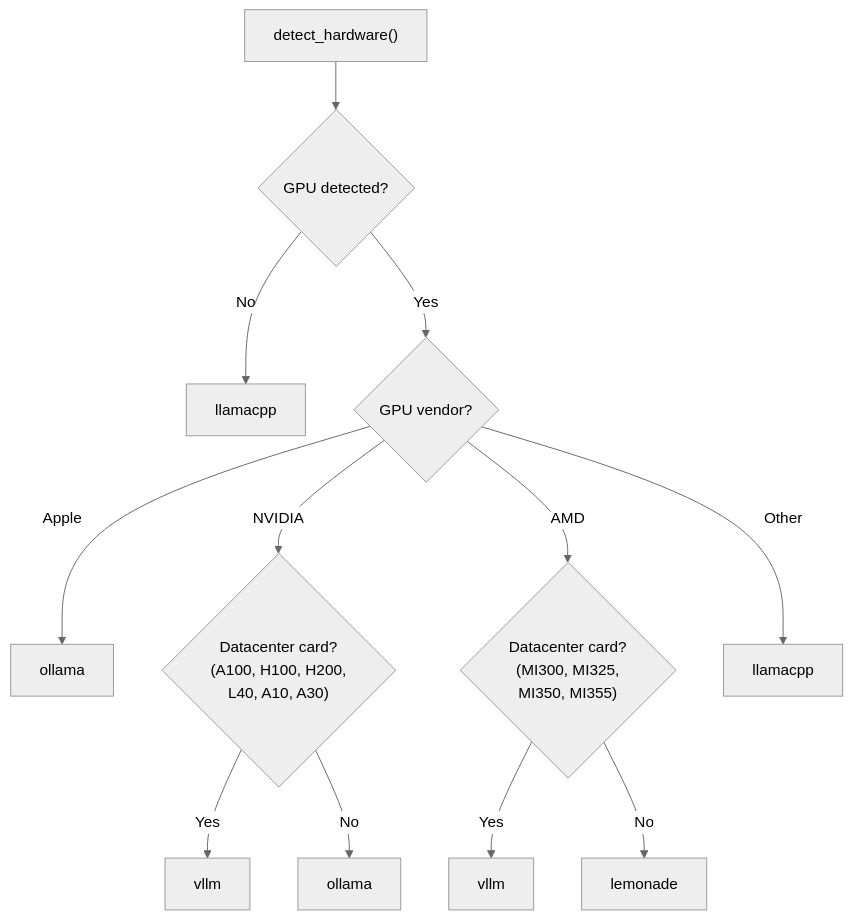
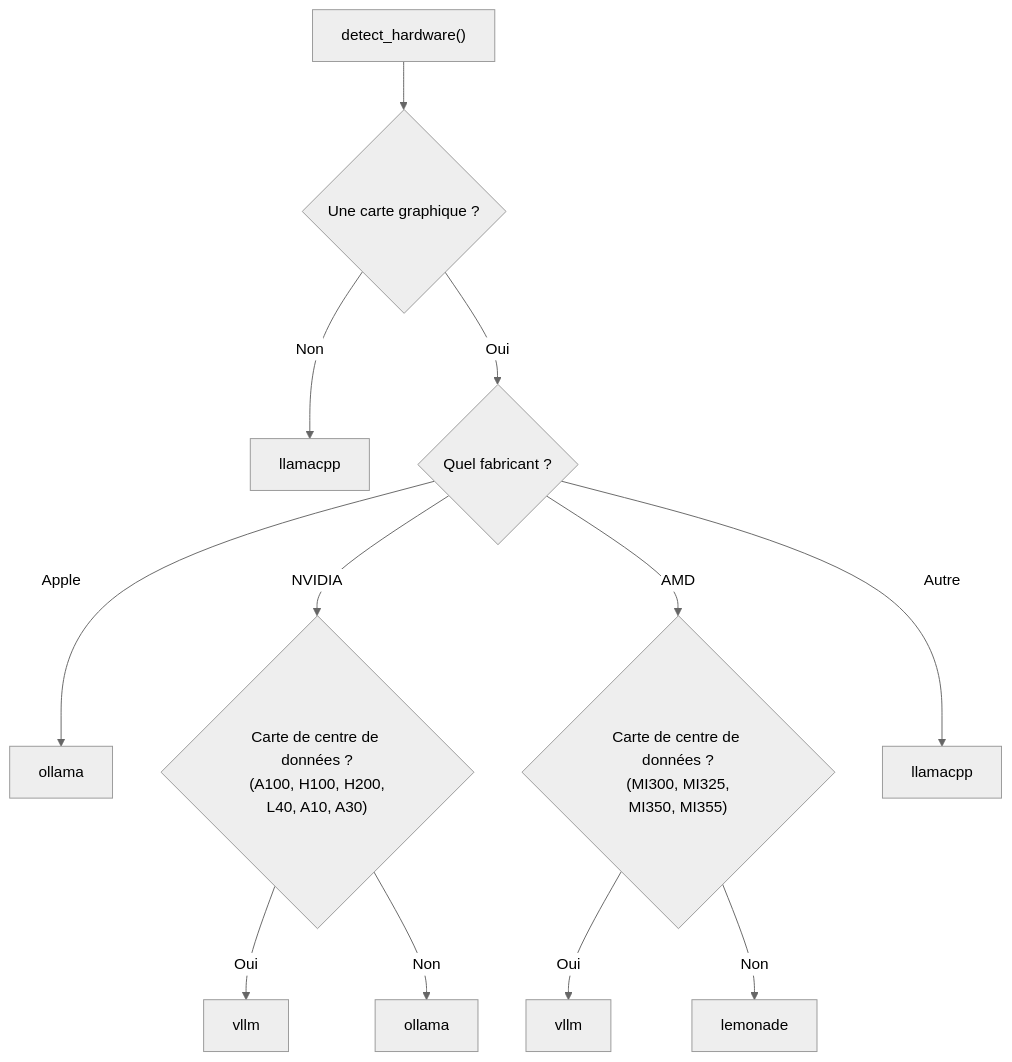
The diagram in docs/architecture/engine.md (carlitoetienne01-spec/Diapason), drawn with Mermaid (neutral theme) before and after one commit. The commit also changed other lines of this file and 257 other files, not shown here.

````diff
--- a/docs/architecture/engine.md
+++ b/docs/architecture/engine.md
@@ -258,14 +258,14 @@
 ```mermaid
 graph TD
-    A["detect_hardware()"] --> B{"GPU detected?"}
-    B -->|No| C["llamacpp"]
-    B -->|Yes| D{"GPU vendor?"}
+    A["detect_hardware()"] --> B{"Une carte graphique ?"}
+    B -->|Non| C["llamacpp"]
+    B -->|Oui| D{"Quel fabricant ?"}
     D -->|Apple| E["ollama"]
-    D -->|NVIDIA| F{"Datacenter card?<br/>(A100, H100, H200,<br/>L40, A10, A30)"}
-    F -->|Yes| G["vllm"]
-    F -->|No| H["ollama"]
-    D -->|AMD| I{"Datacenter card?<br/>(MI300, MI325,<br/>MI350, MI355)"}
-    I -->|Yes| K["vllm"]
-    I -->|No| L["lemonade"]
-    D -->|Other| J["llamacpp"]
+    D -->|NVIDIA| F{"Carte de centre de données ?<br/>(A100, H100, H200,<br/>L40, A10, A30)"}
+    F -->|Oui| G["vllm"]
+    F -->|Non| H["ollama"]
+    D -->|AMD| I{"Carte de centre de données ?<br/>(MI300, MI325,<br/>MI350, MI355)"}
+    I -->|Oui| K["vllm"]
+    I -->|Non| L["lemonade"]
+    D -->|Autre| J["llamacpp"]
 ```
````
